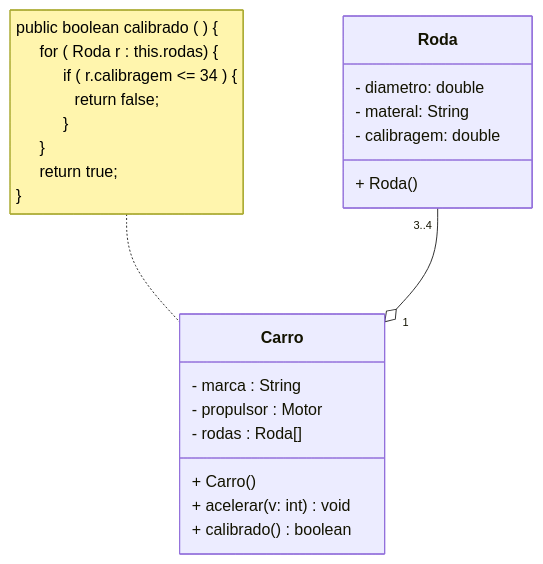
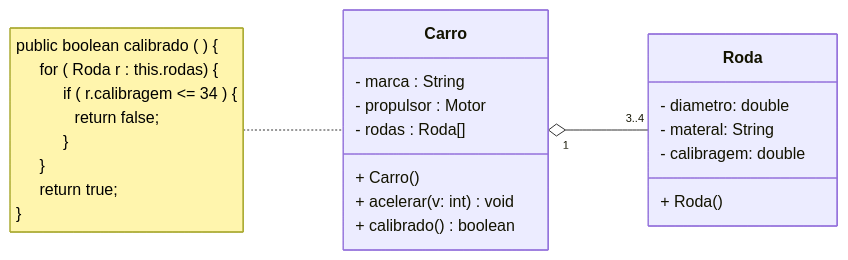
The sixth of 9 diagrams in readme.md (smauricioj/poo-slides-associacoes), drawn with Mermaid before and after one commit. The commit also changed other lines of this file, not shown here.

````diff
--- a/readme.md
+++ b/readme.md
@@ -126,31 +127,30 @@
 ```mermaid
 %%{init: {'flowchart': {'nodeSpacing': 100, 'rankSpacing': 100}}}%%
 classDiagram
-    direction TB
+    direction LR
     class Carro {
         - marca : String
         - propulsor : Motor
         - rodas : Roda[]
         + Carro()
         + acelerar(v: int) void
         + calibrado() boolean
     }
     
     class Roda {
         - diametro: double
         - materal: String
         - calibragem: double
         + Roda()
     }
-    
+    Carro "1" o-- "3..4" Roda
+
     note for Carro "public boolean calibrado ( ) {
     ⠀⠀for ( Roda r : this.rodas) {
     ⠀⠀⠀⠀if ( r.calibragem <= 34 ) {
     ⠀⠀⠀⠀⠀return false;
     ⠀⠀⠀⠀}
     ⠀⠀}
     ⠀⠀return true;
     }"
-    
-    Roda "3..4" --o "1" Carro
 ```
````
